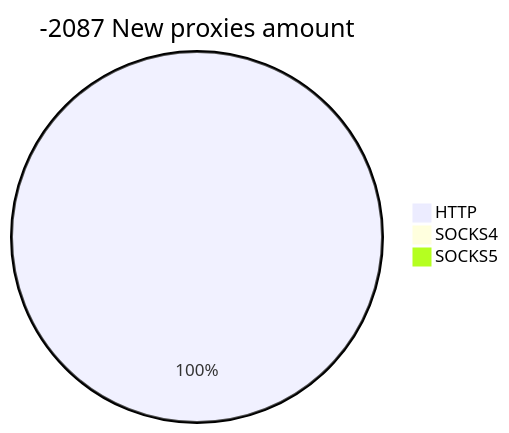
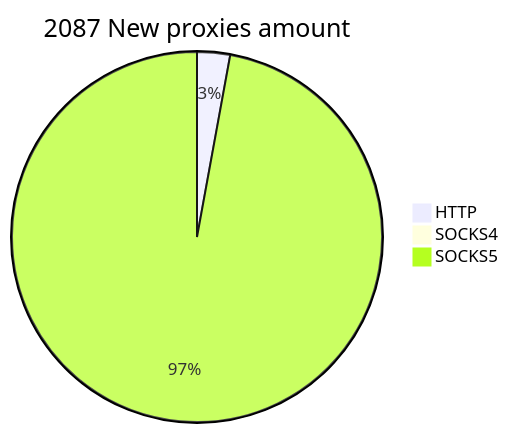
Before and after one commit to cutipu/proxylist: the second of 2 diagrams in README.md, drawn with Mermaid. The commit also changed other lines of this file, not shown here.

````diff
--- a/README.md
+++ b/README.md
@@ -10,6 +10,6 @@
 ```mermaid
-pie title -2087 New proxies amount
-    "HTTP" : 3
+pie title 2087 New proxies amount
+    "HTTP" : 62
     "SOCKS4" : 0
-    "SOCKS5" : 0
+    "SOCKS5" : 2093
 ```
````
